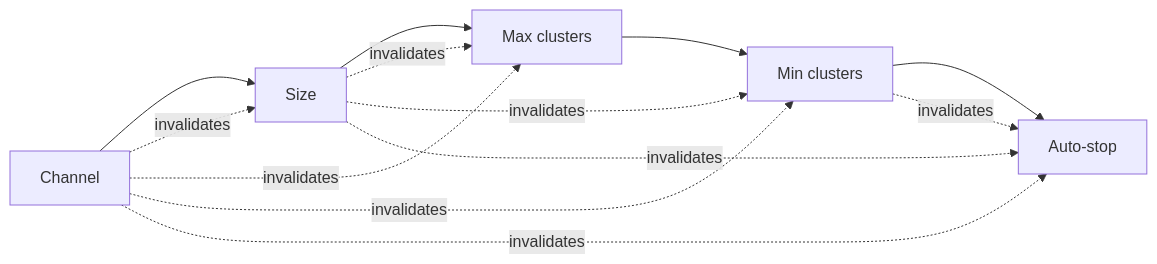
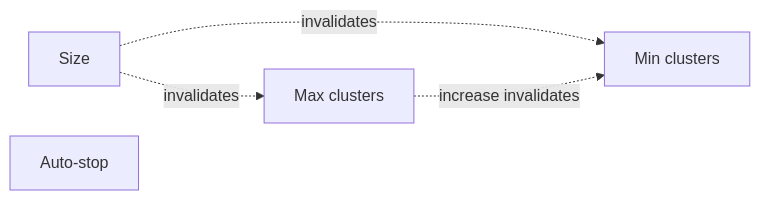
Before and after one commit to thiaga-gk/expert-funicular: diagram 11 of 19 in docs/architecture/lld.md, drawn with Mermaid. The commit also changed other lines of this file and 11 other files, not shown here.

````diff
--- a/docs/architecture/lld.md
+++ b/docs/architecture/lld.md
@@ -775,16 +776,7 @@
 ```mermaid
 flowchart LR
-    CH[Channel] --> SZ[Size]
-    SZ --> MX[Max clusters]
-    MX --> MN[Min clusters]
-    MN --> AS[Auto-stop]
-
-    CH -. invalidates .-> SZ
-    CH -. invalidates .-> MX
-    CH -. invalidates .-> MN
-    CH -. invalidates .-> AS
-    SZ -. invalidates .-> MX
-    SZ -. invalidates .-> MN
-    SZ -. invalidates .-> AS
-    MN -. invalidates .-> AS
+    SZ[Size] -. invalidates .-> MX[Max clusters]
+    SZ -. invalidates .-> MN[Min clusters]
+    MX -. increase invalidates .-> MN
+    AS[Auto-stop]
 ```
````
